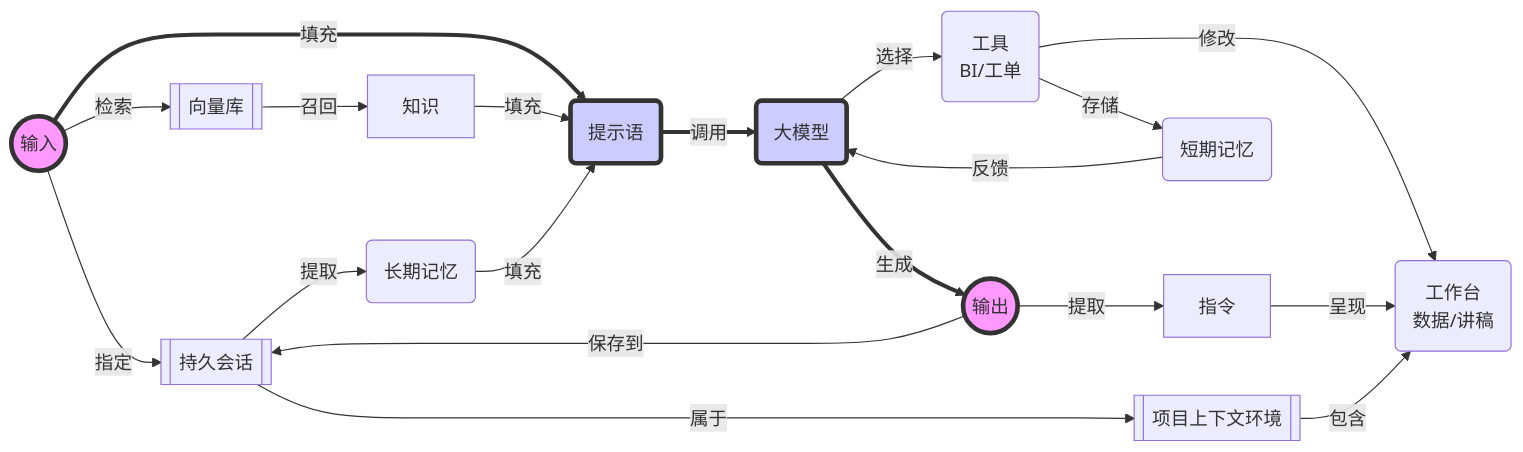
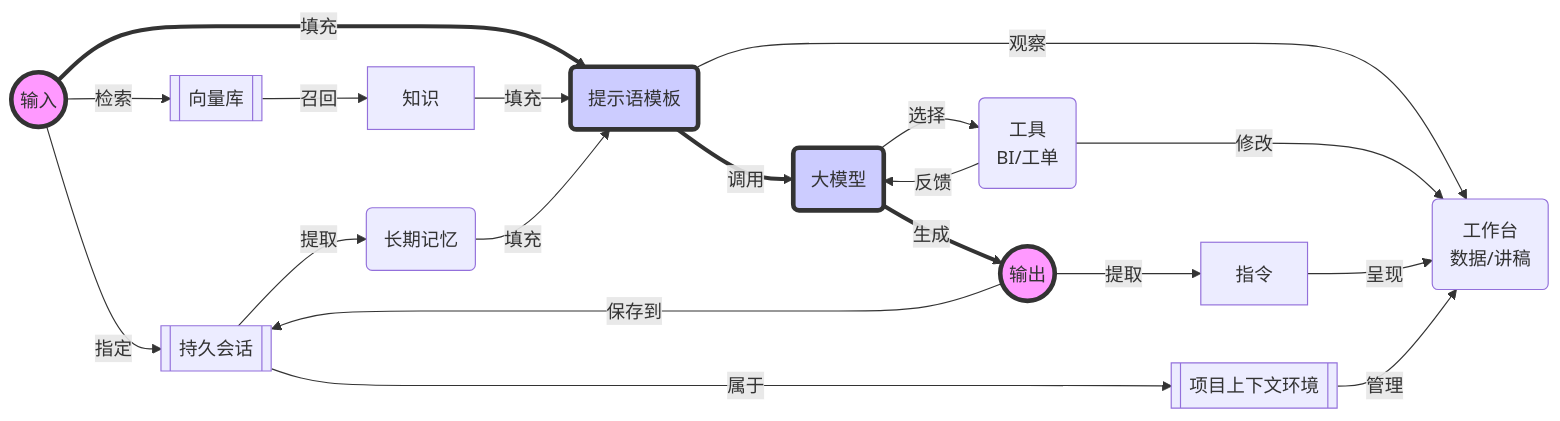
Before and after one commit to arcstep/illufly: the first of 3 diagrams in design.md, drawn with Mermaid.

Commit message:
feat: 优化设计文档

````diff
--- a/design.md
+++ b/design.md
@@ -18,33 +18,33 @@
 ```mermaid
 graph LR
     INPUT((输入))
-    Prompt(提示语)
+    Prompt(提示语模板)
     LLM(大模型)
     OUTPUT((输出))
     DB[[向量库]]
     Knowledge[知识]
     Tools(工具\n BI/工单)
     Workshop(工作台\n 数据/讲稿)
     Pen[指令]
-    ShortermMemory(短期记忆)
     LongtermMemory(长期记忆)
     Topic[[持久会话]]
     Project[[项目上下文环境]]
 
     style INPUT fill:#f9f,stroke:#333,stroke-width:4px
     style OUTPUT fill:#f9f,stroke:#333,stroke-width:4px
     style Prompt fill:#ccf,stroke:#333,stroke-width:4px
     style LLM fill:#ccf,stroke:#333,stroke-width:4px
     
     INPUT -->|指定| Topic
-    INPUT ==>|填充| Prompt
+    INPUT ==>|填充| Prompt -->|观察| Workshop
     INPUT -->|检索| DB -->|召回| Knowledge -->|填充| Prompt
-    Prompt ==>|调用| LLM -->|选择| Tools -->|存储| ShortermMemory -->|反馈| LLM
+    Prompt ==>|调用| LLM -->|选择| Tools -->|反馈| LLM
                                  Tools -->|修改| Workshop
 
     LLM ==>|生成| OUTPUT -->|提取| Pen -->|呈现| Workshop
                  OUTPUT -->|保存到| Topic
 
-    Topic -->|属于| Project -->|包含| Workshop
+    Topic -->|属于| Project -->|管理| Workshop
     Topic -->|提取| LongtermMemory -->|填充| Prompt
+
 ```
````
